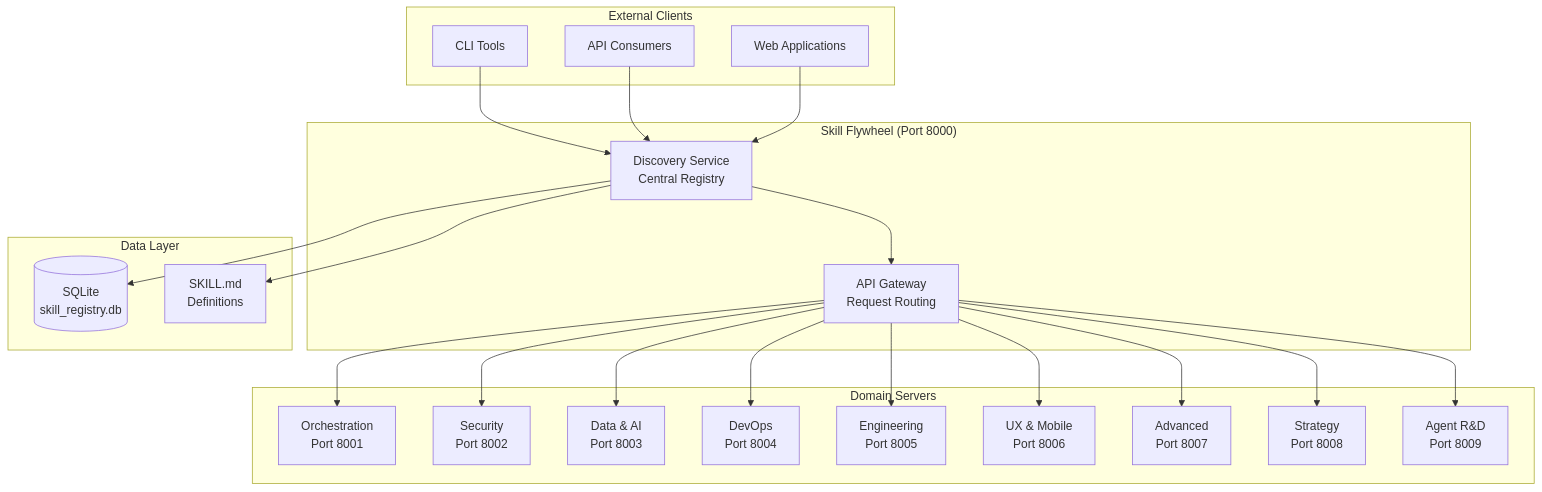
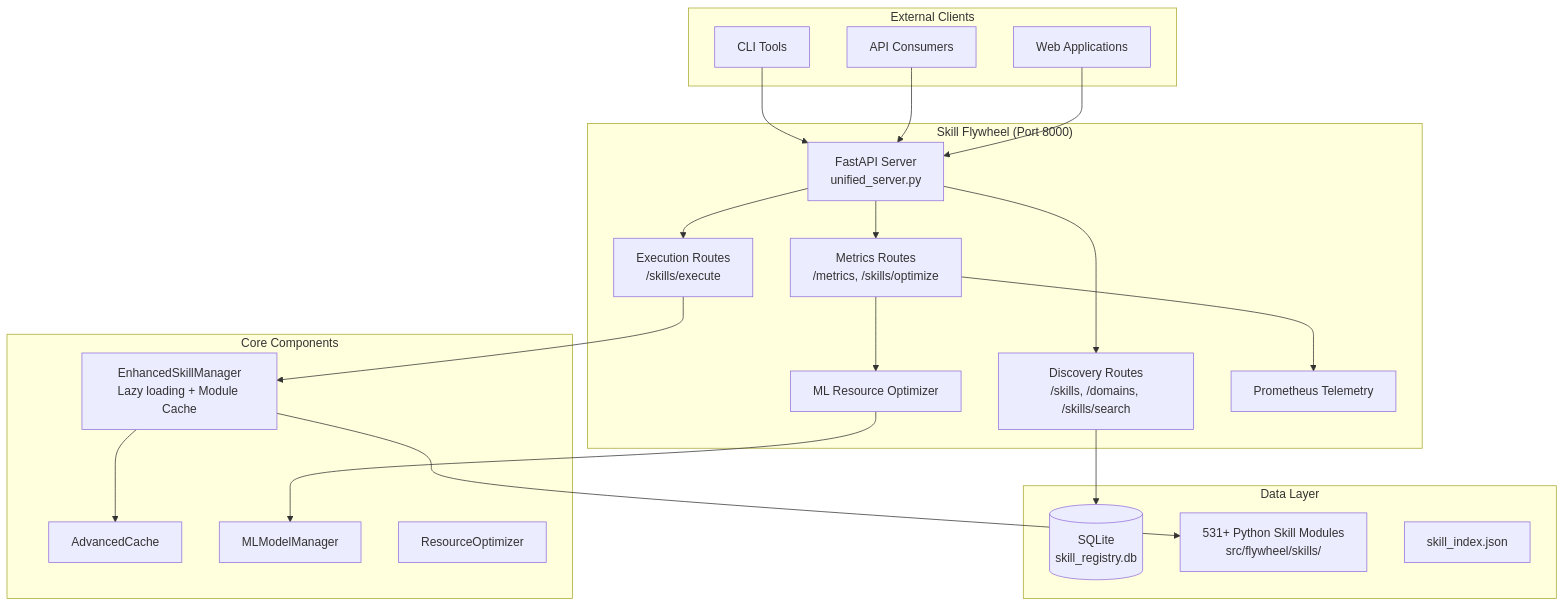
The first of 2 diagrams in docs/ARCHITECTURE.md (SpectreDeath/skill-flywheel), drawn with Mermaid before and after one commit. The commit also changed other lines of this file and 2 other files, not shown here.

First line of the commit message:
docs: update documentation to match current architecture

````diff
--- a/docs/ARCHITECTURE.md
+++ b/docs/ARCHITECTURE.md
@@ -5,48 +7,46 @@
 ```mermaid
 graph TB
     subgraph External Clients
         CLI[CLI Tools]
         API[API Consumers]
         WEB[Web Applications]
     end
 
     subgraph "Skill Flywheel (Port 8000)"
-        DISCOVERY[Discovery Service<br/>Central Registry]
-        API_GW[API Gateway<br/>Request Routing]
+        FASTAPI[FastAPI Server<br/>unified_server.py]
+        DISCOVERY[Discovery Routes<br/>/skills, /domains, /skills/search]
+        EXECUTION[Execution Routes<br/>/skills/execute]
+        METRICS[Metrics Routes<br/>/metrics, /skills/optimize]
+        OPTIMIZER[ML Resource Optimizer]
+        TELEMETRY[Prometheus Telemetry]
     end
 
-    subgraph "Domain Servers"
-        ORCH[Orchestration<br/>Port 8001]
-        SECURITY[Security<br/>Port 8002]
-        DATA_AI[Data & AI<br/>Port 8003]
-        DEVOPS[DevOps<br/>Port 8004]
-        ENGINEERING[Engineering<br/>Port 8005]
-        UX[UX & Mobile<br/>Port 8006]
-        ADVANCED[Advanced<br/>Port 8007]
-        STRATEGY[Strategy<br/>Port 8008]
-        AGENT[Agent R&D<br/>Port 8009]
+    subgraph Core Components
+        SKILL_MGR[EnhancedSkillManager<br/>Lazy loading + Module Cache]
+        CACHE[AdvancedCache]
+        ML[MLModelManager]
+        RESOURCE[ResourceOptimizer]
     end
 
     subgraph Data Layer
         REGISTRY[(SQLite<br/>skill_registry.db)]
-        SKILLS[SKILL.md<br/>Definitions]
+        SKILLS[531+ Python Skill Modules<br/>src/flywheel/skills/]
+        INDEX[skill_index.json]
     end
 
-    CLI --> DISCOVERY
-    API --> DISCOVERY
-    WEB --> DISCOVERY
-    
-    DISCOVERY --> API_GW
-    API_GW --> ORCH
-    API_GW --> SECURITY
-    API_GW --> DATA_AI
-    API_GW --> DEVOPS
-    API_GW --> ENGINEERING
-    API_GW --> UX
-    API_GW --> ADVANCED
-    API_GW --> STRATEGY
-    API_GW --> AGENT
-    
+    CLI --> FASTAPI
+    API --> FASTAPI
+    WEB --> FASTAPI
+
+    FASTAPI --> DISCOVERY
+    FASTAPI --> EXECUTION
+    FASTAPI --> METRICS
+
     DISCOVERY --> REGISTRY
-    DISCOVERY --> SKILLS
+    EXECUTION --> SKILL_MGR
+    SKILL_MGR --> CACHE
+    SKILL_MGR --> SKILLS
+    METRICS --> TELEMETRY
+    METRICS --> OPTIMIZER
+    OPTIMIZER --> ML
 ```
````
